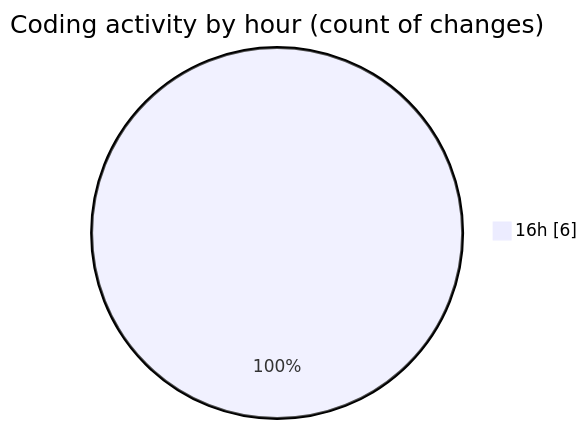
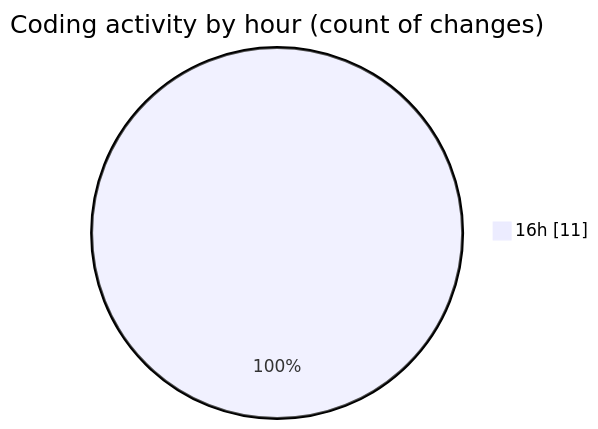
Before and after one commit to donsfak/code-tracking: the second of 2 diagrams in 2025-01-26/trackers_app/README.md, drawn with Mermaid. The commit also changed other lines of this file and 1 other file, not shown here.

````diff
--- a/2025-01-26/trackers_app/README.md
+++ b/2025-01-26/trackers_app/README.md
@@ -29,5 +30,5 @@
 ```mermaid
 pie showData
 title Coding activity by hour (count of changes)
-"16h" : 6
+"16h" : 11
 ```
````
